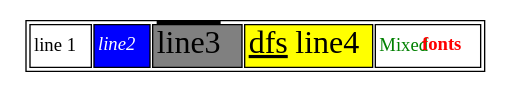
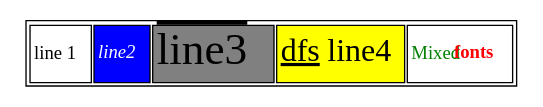
The diagram in inputs/html_font.dot (nadavrot/layout), drawn with Graphviz before and after one commit. The commit also changed 3 other files, not shown here.

```diff
--- a/inputs/html_font.dot
+++ b/inputs/html_font.dot
@@ -1,20 +1,20 @@
 digraph structs {
     node [shape=plaintext];
 
     struct1 [label=<<TABLE>
 			<TR>
         <TD>line 1</TD>
         <TD BGCOLOR="blue"><I><FONT COLOR="white">line2</FONT></I></TD>
-        <TD BGCOLOR="gray"><FONT POINT-SIZE="24.0"><O>line3</O></FONT></TD>
+        <TD BGCOLOR="gray"><FONT POINT-SIZE="34.0"><O>line3</O></FONT></TD>
         <TD BGCOLOR="yellow"><FONT POINT-SIZE="24.0" FACE="ambrosia"><U>dfs<S>line4</S></U></FONT></TD>
         <TD>
           <TABLE CELLPADDING="0" BORDER="0" CELLSPACING="0">
 						<TR>
 							<TD><FONT COLOR="green" FACE="Cursive">Mixed</FONT></TD>
 							<TD><FONT COLOR="red"><B>fonts</B></FONT></TD>
 						</TR>
           </TABLE>
         </TD>
       </TR>
     </TABLE>>];
 }
```
